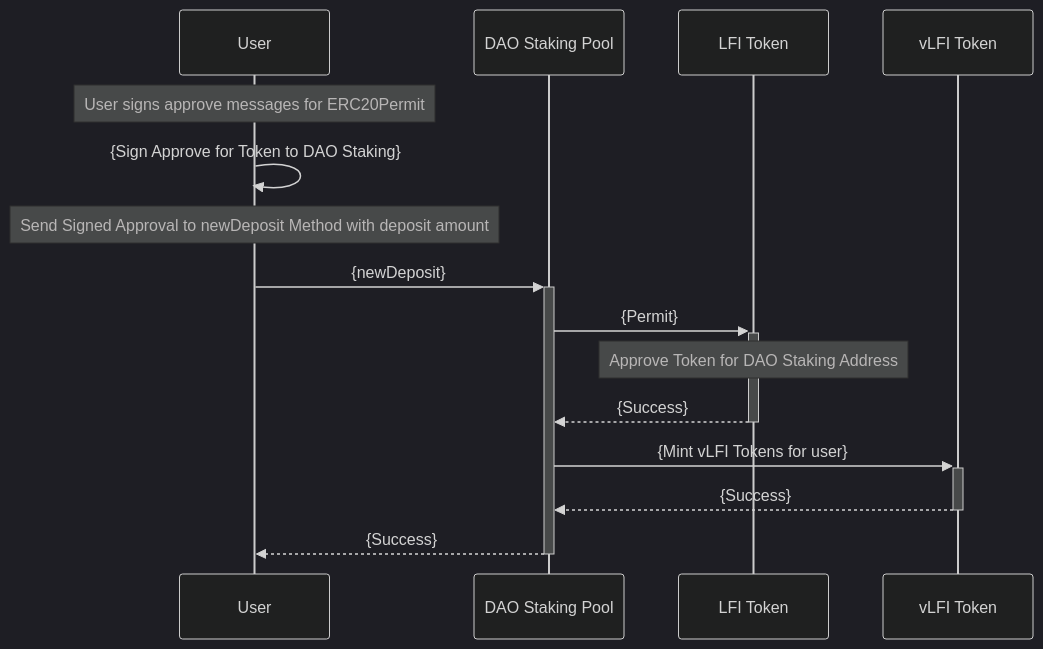
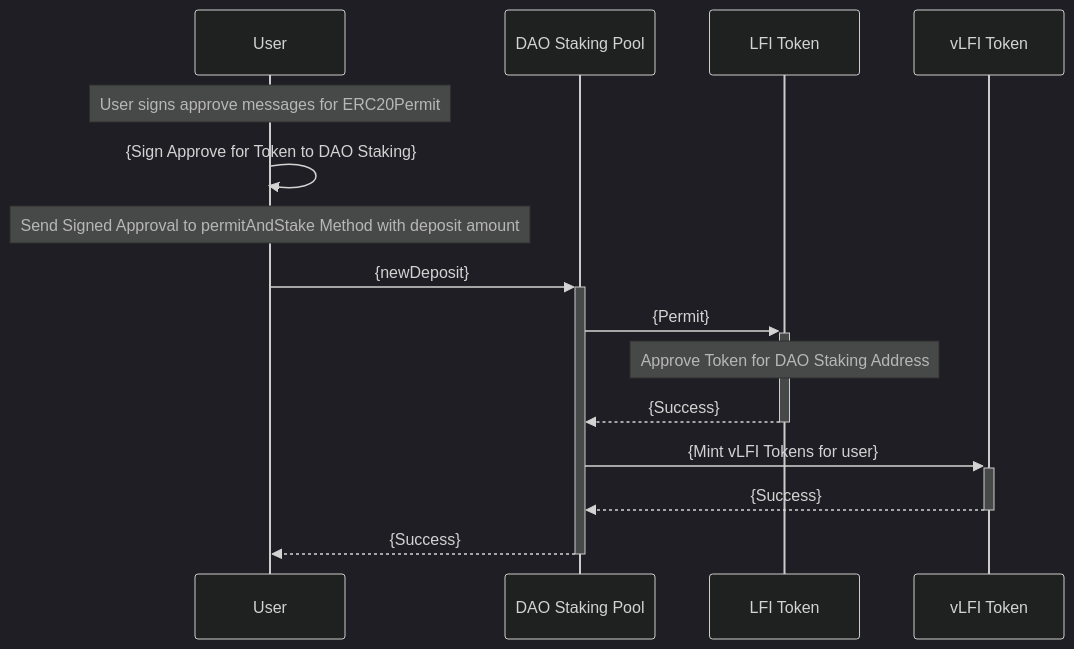
Before and after one commit to Luna-Fi/lunafi-smart-contracts: the diagram in docs/DAO_Staking_Pool.md, drawn with Mermaid (dark theme). The commit also changed other lines of this file and 4 other files, not shown here.

Commit message:
correcting documents. updated sequence diagram

````diff
--- a/docs/DAO_Staking_Pool.md
+++ b/docs/DAO_Staking_Pool.md
@@ -3,17 +4,17 @@
 ```mermaid
 sequenceDiagram
     participant A as User
     participant B as DAO Staking Pool
     participant C as LFI Token
     participant D as vLFI Token
     Note over A: User signs approve messages for ERC20Permit
     A->>A: {Sign Approve for Token to DAO Staking}
-    Note over A: Send Signed Approval to newDeposit Method with deposit amount
+    Note over A: Send Signed Approval to permitAndStake Method with deposit amount
     A->>+B: {newDeposit}
     B->>+C: {Permit}
     Note over C: Approve Token for DAO Staking Address
     C-->>-B: {Success}
     B->>+D: {Mint vLFI Tokens for user}
     D-->>-B: {Success}
     B-->>-A: {Success}
 ```
````
